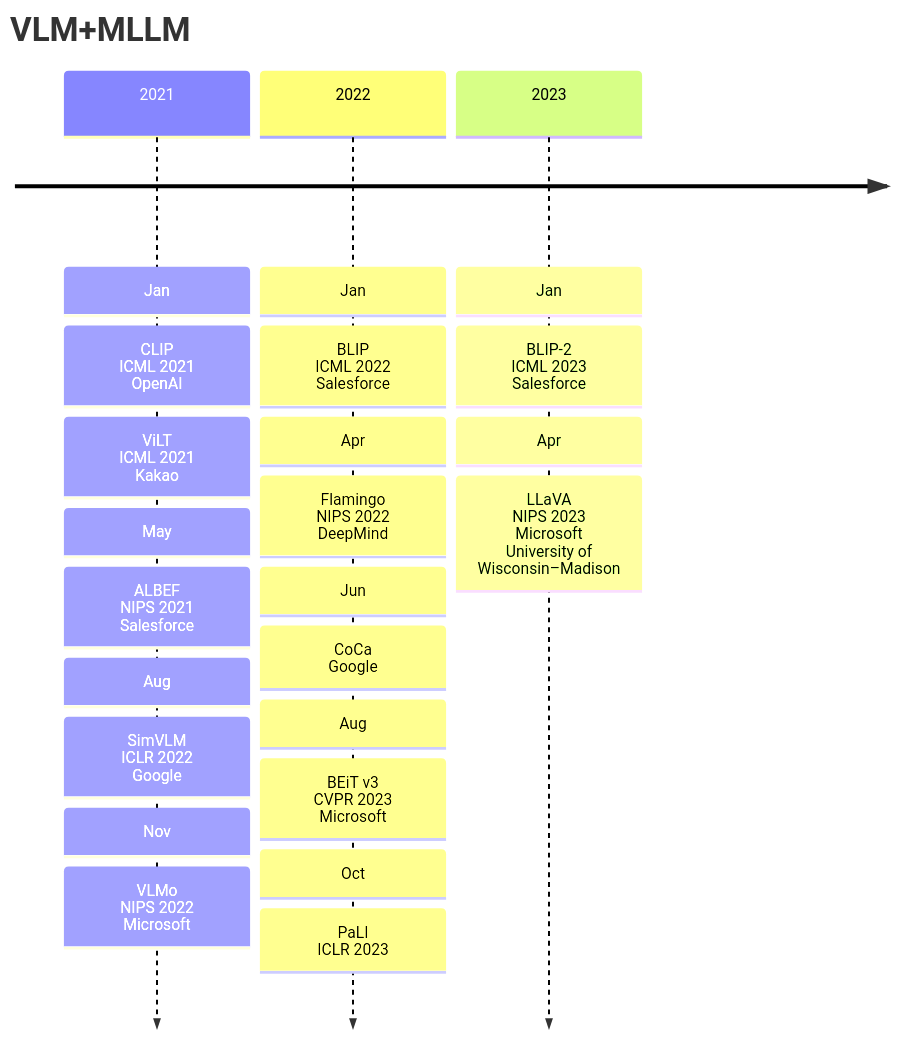
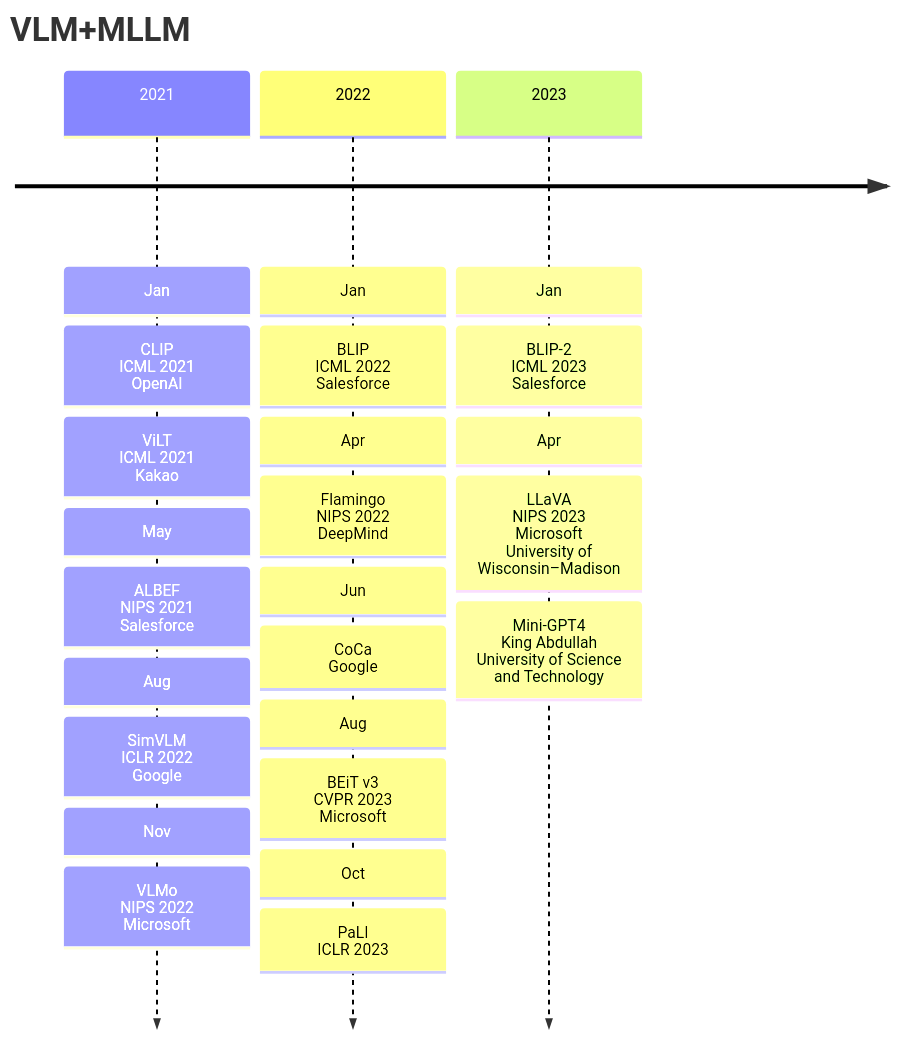
One commit to Elephant-King9/Paper changed the first of 6 diagrams in Base_Model/VLM+VLLM/analyse.md. Above: the diagram before and after it, drawn with Mermaid. The commit also changed other lines of this file and 4 other files, not shown here.

Commit message:
update_MiniGPT-4: Enhancing Vision-Language Understanding with Advanced Large Language Models

````diff
--- a/Base_Model/VLM+VLLM/analyse.md
+++ b/Base_Model/VLM+VLLM/analyse.md
@@ -5,27 +5,28 @@
 ```mermaid
 timeline
     title VLM+MLLM
     2021 : Jan
     		 : CLIP<br>ICML 2021<br>OpenAI
     		 : ViLT<br>ICML 2021<br>Kakao
     		 : May
     		 : ALBEF<br>NIPS 2021<br>Salesforce
     		 : Aug
     		 : SimVLM<br>ICLR 2022<br>Google
     		 : Nov
     		 : VLMo<br>NIPS 2022<br>Microsoft
     2022 : Jan
     		 : BLIP<br>ICML 2022<br>Salesforce
     		 : Apr
     		 : Flamingo<br>NIPS 2022<br>DeepMind
     		 : Jun
     		 : CoCa<br>Google
     		 : Aug
     		 : BEiT v3<br>CVPR 2023<br>Microsoft
     		 : Oct
     		 : PaLI<br>ICLR 2023
     2023 : Jan
     		 : BLIP-2<br>ICML 2023<br>Salesforce
     		 : Apr
 				 : LLaVA<br>NIPS 2023<br>Microsoft<br>University of Wisconsin–Madison
+				 : Mini-GPT4<br>King Abdullah University of Science and Technology
 ```
````
